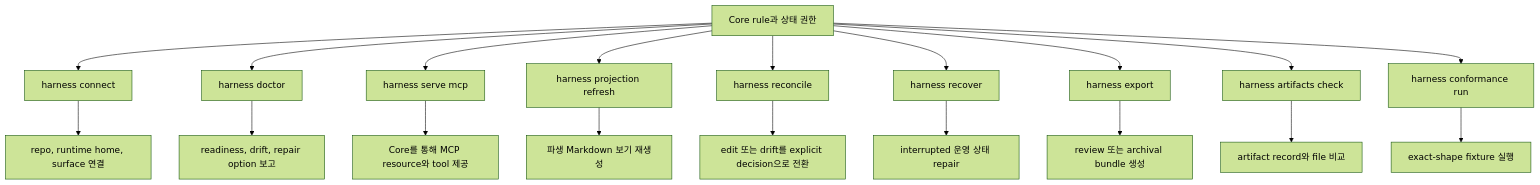
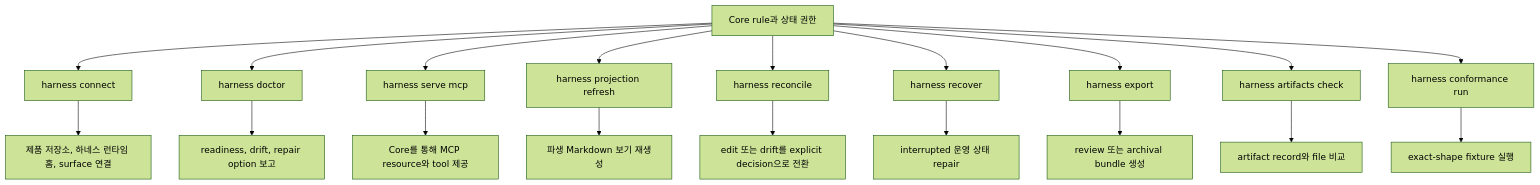
One commit to minjungw00/Volicord changed the first of 11 diagrams in docs/ko/reference/operations-and-conformance.md. Above: the diagram before and after it, drawn with Mermaid (forest theme). The commit also changed other lines of this file and 34 other files, not shown here.

````diff
--- a/docs/ko/reference/operations-and-conformance.md
+++ b/docs/ko/reference/operations-and-conformance.md
@@ -83,22 +83,22 @@
 ```mermaid
 flowchart TD
   Core["Core rule과 상태 권한"]
   Core --> Connect["harness connect"]
   Core --> Doctor["harness doctor"]
   Core --> Serve["harness serve mcp"]
   Core --> Refresh["harness projection refresh"]
   Core --> Reconcile["harness reconcile"]
   Core --> Recover["harness recover"]
   Core --> Export["harness export"]
   Core --> Artifacts["harness artifacts check"]
   Core --> Conformance["harness conformance run"]
-  Connect --> Setup["repo, runtime home, surface 연결"]
+  Connect --> Setup["제품 저장소, 하네스 런타임 홈, surface 연결"]
   Doctor --> Readiness["readiness, drift, repair option 보고"]
   Serve --> MCP["Core를 통해 MCP resource와 tool 제공"]
   Refresh --> Projection["파생 Markdown 보기 재생성"]
   Reconcile --> Decisions["edit 또는 drift를 explicit decision으로 전환"]
   Recover --> Repair["interrupted 운영 상태 repair"]
   Export --> Bundle["review 또는 archival bundle 생성"]
   Artifacts --> Integrity["artifact record와 file 비교"]
   Conformance --> Fixtures["exact-shape fixture 실행"]
 ```
````
